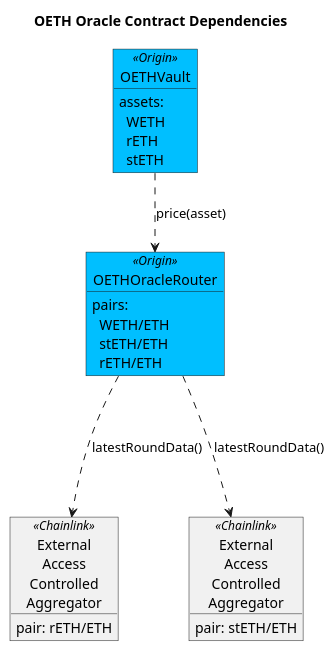
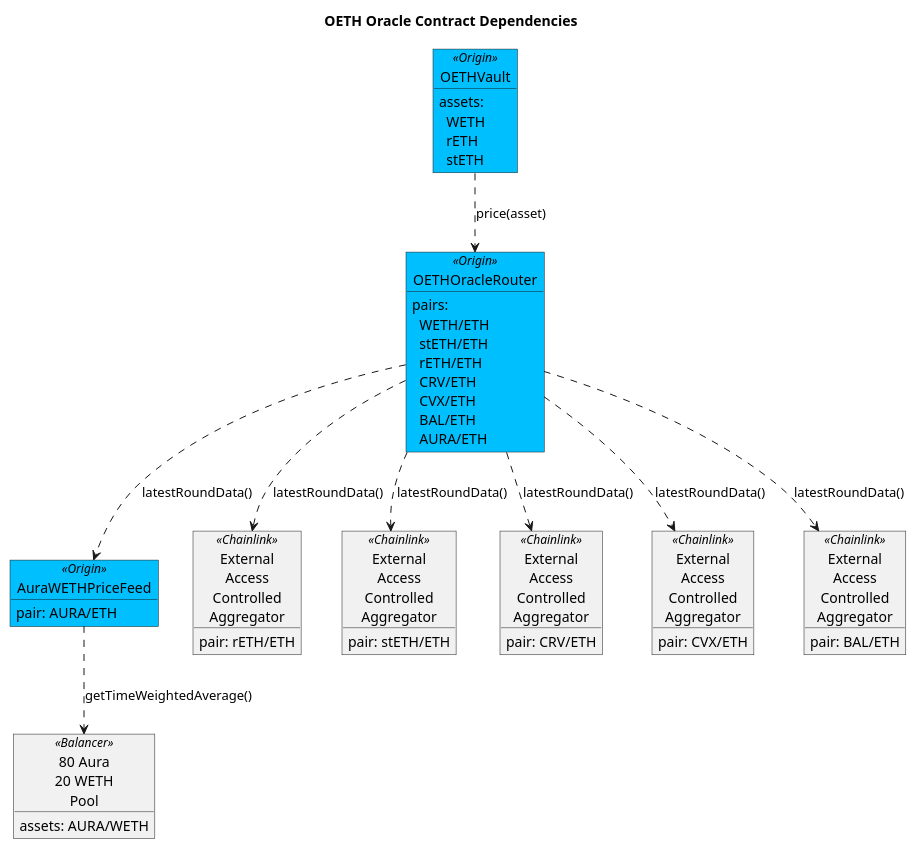
One commit to OriginProtocol/origin-dollar changed the diagram in contracts/docs/plantuml/oethOracles.puml. Above: the diagram before and after it, drawn with PlantUML. The commit also changed 1 other file, not shown here.

Commit message:
Updated OETH Oracle diagram

```diff
--- a/contracts/docs/plantuml/oethOracles.puml
+++ b/contracts/docs/plantuml/oethOracles.puml
@@ -1,70 +1,99 @@
 @startuml
 
 skinparam tabSize 2
 
 title "OETH Oracle Contract Dependencies"
 
 object "OETHVault" as vault <<Origin>> #DeepSkyBlue {
 assets:
     \tWETH
     ' \tfrxETH
     \trETH
     \tstETH
 }
 
 object "OETHOracleRouter" as router <<Origin>> #DeepSkyBlue {
 pairs:
     \tWETH/ETH
     ' \tfrxETH/ETH
     \tstETH/ETH
     \trETH/ETH
+    \tCRV/ETH
+    \tCVX/ETH
+    \tBAL/ETH
+    \tAURA/ETH
 }
 
 ' object "FrxEthFraxOracle" as fo <<Frax>> {
 ' pair: frxETH/ETH
 ' }
 
 ' object "FrxEthEthDualOracle" as fdo <<Frax>> {
 ' pair: frxETH/ETH
 ' }
 
+object "AuraWETHPriceFeed" as auraPF <<Origin>> #DeepSkyBlue {
+pair: AURA/ETH
+}
+
+object "80 Aura\n20 WETH\nPool" as auraBal <<Balancer>> {
+    assets: AURA/WETH
+}
+
 object "External\nAccess\nControlled\nAggregator" as clrETH <<Chainlink>> {
 pair: rETH/ETH
 }
 
 object "External\nAccess\nControlled\nAggregator" as clstETH <<Chainlink>> {
 pair: stETH/ETH
+}
+
+object "External\nAccess\nControlled\nAggregator" as clCRV <<Chainlink>> {
+pair: CRV/ETH
+}
+
+object "External\nAccess\nControlled\nAggregator" as clCVX <<Chainlink>> {
+pair: CVX/ETH
+}
+
+object "External\nAccess\nControlled\nAggregator" as clBAL <<Chainlink>> {
+pair: BAL/ETH
 }
 
 ' object "External\nAccess\nControlled\nAggregator" as cleth <<Chainlink>> {
 ' pair: ETH/USD
 ' }
 
 ' object "External\nAccess\nControlled\nAggregator" as clfrax <<Chainlink>> {
 ' pair: FRAX/USD
 ' }
 
 ' object "frxETH/ETH Pool" as cp <<Curve>> {
 ' assets: frxETH, ETH
 ' }
 
 ' object "StaticOracle" as uso <<Uniswap>> {
 ' }
 
 ' object "frxETH/FRAX Pool" as up <<Uniswap>> {
 '     assets: frxETH, FRAX
 ' }
 
 
 vault ..> router : price(asset)
-router ...> clrETH : latestRoundData()
-router ...> clstETH : latestRoundData()
+router ..> auraPF : latestRoundData()
+auraPF ..> auraBal : getTimeWeightedAverage()
+router ..> clrETH : latestRoundData()
+router ..> clstETH : latestRoundData()
+router ..> clCRV : latestRoundData()
+router ..> clCVX: latestRoundData()
+router ..> clBAL : latestRoundData()
 ' router ..> fo : latestRoundData()
 ' fdo .> fo : addRoundData()
 ' fdo ....> cp : price_oracle()
 ' fdo ....> uso : quoteSpecificPoolsWithTimePeriod()
 ' uso .> up : observe()
 ' fdo ..> cleth : latestRoundData()
 ' fdo ..> clfrax : latestRoundData()
 
 @enduml
```
